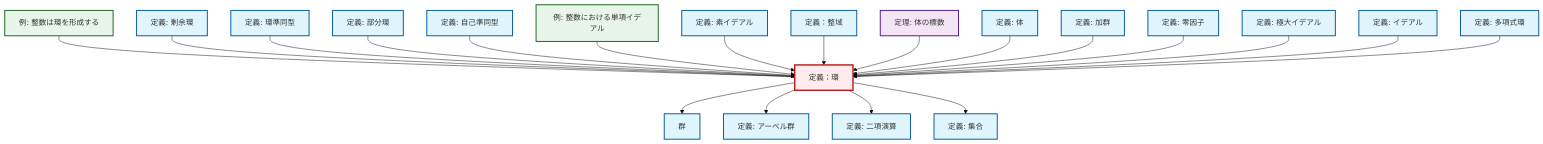
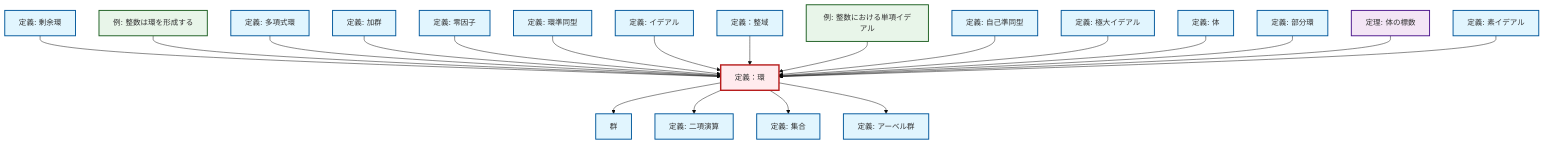
Before and after one commit to RK0429/ModernMath: the diagram in content/ja/algebra/def-ring.qmd, drawn with Mermaid (base theme). The commit also changed 672 other files, not shown here.

````diff
--- a/content/ja/algebra/def-ring.qmd
+++ b/content/ja/algebra/def-ring.qmd
@@ -63,68 +63,68 @@
 ```{mermaid}
-%%| fig-cap: "Local dependency graph"
+%%| fig-cap: "ローカル依存関係グラフ"
 graph TD
     classDef definition fill:#e1f5fe,stroke:#01579b,stroke-width:2px
     classDef theorem fill:#f3e5f5,stroke:#4a148c,stroke-width:2px
     classDef axiom fill:#fff3e0,stroke:#e65100,stroke-width:2px
     classDef example fill:#e8f5e9,stroke:#1b5e20,stroke-width:2px
     classDef current fill:#ffebee,stroke:#b71c1c,stroke-width:3px
+    def-module["定義: 加群"]:::definition
+    def-maximal-ideal["定義: 極大イデアル"]:::definition
     def-endomorphism["定義: 自己準同型"]:::definition
+    def-prime-ideal["定義: 素イデアル"]:::definition
+    def-polynomial-ring["定義: 多項式環"]:::definition
+    def-ring["定義：環"]:::definition
+    ex-principal-ideal["例: 整数における単項イデアル"]:::example
+    def-field["定義: 体"]:::definition
+    def-set["定義: 集合"]:::definition
+    def-ideal["定義: イデアル"]:::definition
     ex-integers-ring["例: 整数は環を形成する"]:::example
-    def-ring["定義：環"]:::definition
+    def-subring["定義: 部分環"]:::definition
+    def-integral-domain["定義：整域"]:::definition
     def-ring-homomorphism["定義: 環準同型"]:::definition
-    def-maximal-ideal["定義: 極大イデアル"]:::definition
-    ex-principal-ideal["例: 整数における単項イデアル"]:::example
-    def-set["定義: 集合"]:::definition
-    def-field["定義: 体"]:::definition
-    def-subring["定義: 部分環"]:::definition
-    def-module["定義: 加群"]:::definition
+    def-zero-divisor["定義: 零因子"]:::definition
+    def-quotient-ring["定義: 剰余環"]:::definition
+    def-abelian-group["定義: アーベル群"]:::definition
     thm-field-characteristic["定理: 体の標数"]:::theorem
-    def-prime-ideal["定義: 素イデアル"]:::definition
-    def-abelian-group["定義: アーベル群"]:::definition
-    def-quotient-ring["定義: 剰余環"]:::definition
     def-binary-operation["定義: 二項演算"]:::definition
-    def-polynomial-ring["定義: 多項式環"]:::definition
-    def-integral-domain["定義：整域"]:::definition
-    def-ideal["定義: イデアル"]:::definition
     def-group["群"]:::definition
-    def-zero-divisor["定義: 零因子"]:::definition
+    def-quotient-ring --> def-ring
     ex-integers-ring --> def-ring
-    def-quotient-ring --> def-ring
+    def-polynomial-ring --> def-ring
+    def-ring --> def-group
+    def-module --> def-ring
+    def-zero-divisor --> def-ring
     def-ring-homomorphism --> def-ring
+    def-ideal --> def-ring
+    def-integral-domain --> def-ring
+    def-ring --> def-binary-operation
+    ex-principal-ideal --> def-ring
+    def-ring --> def-set
+    def-endomorphism --> def-ring
+    def-maximal-ideal --> def-ring
+    def-field --> def-ring
     def-subring --> def-ring
-    def-endomorphism --> def-ring
-    ex-principal-ideal --> def-ring
+    def-ring --> def-abelian-group
+    thm-field-characteristic --> def-ring
     def-prime-ideal --> def-ring
-    def-integral-domain --> def-ring
-    def-ring --> def-group
-    thm-field-characteristic --> def-ring
-    def-field --> def-ring
-    def-ring --> def-abelian-group
-    def-module --> def-ring
-    def-ring --> def-binary-operation
-    def-zero-divisor --> def-ring
-    def-maximal-ideal --> def-ring
-    def-ideal --> def-ring
-    def-ring --> def-set
-    def-polynomial-ring --> def-ring
     class def-ring current
+    click def-module "def-module.html" "加群の定義へ"
+    click def-maximal-ideal "def-maximal-ideal.html" "極大イデアルの定義へ"
     click def-endomorphism "def-endomorphism.html" "自己準同型の定義へ"
+    click def-prime-ideal "def-prime-ideal.html" "素イデアルの定義へ"
+    click def-polynomial-ring "def-polynomial-ring.html" "多項式環の定義へ"
+    click ex-principal-ideal "ex-principal-ideal.html" "整数における単項イデアルの例へ"
+    click def-field "def-field.html" "体の定義へ"
+    click def-set "def-set.html" "集合の定義へ"
+    click def-ideal "def-ideal.html" "イデアルの定義へ"
     click ex-integers-ring "ex-integers-ring.html" "整数は環を形成するの例へ"
+    click def-subring "def-subring.html" "部分環の定義へ"
+    click def-integral-domain "def-integral-domain.html" "定義：整域へ"
     click def-ring-homomorphism "def-ring-homomorphism.html" "環準同型の定義へ"
-    click def-maximal-ideal "def-maximal-ideal.html" "極大イデアルの定義へ"
-    click ex-principal-ideal "ex-principal-ideal.html" "整数における単項イデアルの例へ"
-    click def-set "def-set.html" "集合の定義へ"
-    click def-field "def-field.html" "体の定義へ"
-    click def-subring "def-subring.html" "部分環の定義へ"
-    click def-module "def-module.html" "加群の定義へ"
+    click def-zero-divisor "def-zero-divisor.html" "零因子の定義へ"
+    click def-quotient-ring "def-quotient-ring.html" "剰余環の定義へ"
+    click def-abelian-group "def-abelian-group.html" "アーベル群の定義へ"
     click thm-field-characteristic "thm-field-characteristic.html" "体の標数の定理へ"
-    click def-prime-ideal "def-prime-ideal.html" "素イデアルの定義へ"
-    click def-abelian-group "def-abelian-group.html" "アーベル群の定義へ"
-    click def-quotient-ring "def-quotient-ring.html" "剰余環の定義へ"
     click def-binary-operation "def-binary-operation.html" "二項演算の定義へ"
-    click def-polynomial-ring "def-polynomial-ring.html" "多項式環の定義へ"
-    click def-integral-domain "def-integral-domain.html" "定義：整域へ"
-    click def-ideal "def-ideal.html" "イデアルの定義へ"
     click def-group "def-group.html" "群へ"
-    click def-zero-divisor "def-zero-divisor.html" "零因子の定義へ"
 ```
````
